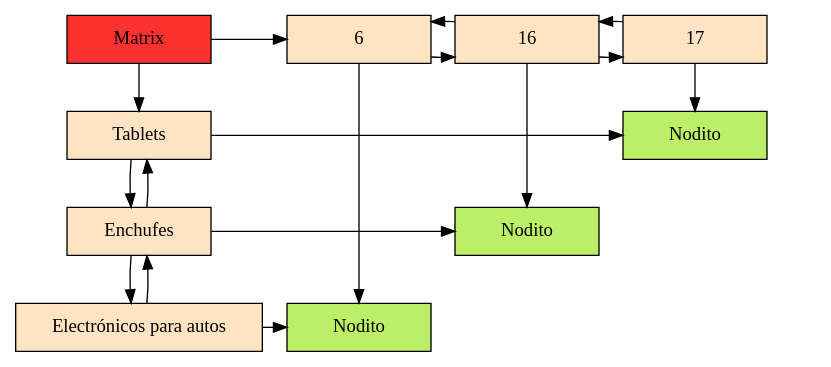
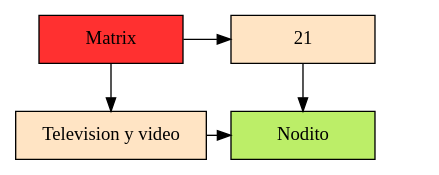
One commit to JAlvarez9/EDD_VirtualMall_201900528 changed the diagram in EDD_VirtualMall/Backend/Dots/matriz.dot. Above: the diagram before and after it, drawn with Graphviz. The commit also changed 28 other files, not shown here.

```diff
--- a/EDD_VirtualMall/Backend/Dots/matriz.dot
+++ b/EDD_VirtualMall/Backend/Dots/matriz.dot
@@ -1,35 +1,15 @@
 digraph G{ 
 node [shape=box] 
  Mt[ label = "Matrix", width = 1.5, style = filled, fillcolor = firebrick1, group = 1 ]; 
 e0[ shape = point, width = 0 ]; 
 e1[ shape = point, width = 0 ]; 
-node0xc000057020 [label = "Tablets"    width = 1.5 style = filled, fillcolor = bisque1, group = 1 ]; 
-node0xc000057020 -> node0xc00008f620; 
-node0xc00008f620 -> node0xc000057020; 
-node0xc00008f620 [label = "Enchufes"    width = 1.5 style = filled, fillcolor = bisque1, group = 1 ]; 
-node0xc00008f620 -> node0xc0002e5860; 
-node0xc0002e5860 -> node0xc00008f620; 
-node0xc0002e5860 [label = "Electrónicos para autos"    width = 1.5 style = filled, fillcolor = bisque1, group = 1 ]; 
-node0xc0002e84b0 [label = "6"    width = 1.5 style = filled, fillcolor = bisque1, group = 2 ]; 
-node0xc0002e84b0 -> node0xc000058910; 
-node0xc000058910 -> node0xc0002e84b0; 
-node0xc000058910 [label = "16"    width = 1.5 style = filled, fillcolor = bisque1, group = 3 ]; 
-node0xc000058910 -> node0xc0000593b0; 
-node0xc0000593b0 -> node0xc000058910; 
-node0xc0000593b0 [label = "17"    width = 1.5 style = filled, fillcolor = bisque1, group = 4 ]; 
-Mt -> node0xc000057020 
-Mt -> node0xc0002e84b0 
-{ rank = same; Mt;  node0xc0002e84b0;node0xc000058910;node0xc0000593b0;} 
-node0xc0002e84b0 -> node0xc0002ea9c0; 
-node0xc0002ea9c0 [label = "Nodito" style = filled, fillcolor = darkolivegreen2	 width = 1.5, group = 2 ]; 
-node0xc000058910 -> node0xc0002de340; 
-node0xc0002de340 [label = "Nodito" style = filled, fillcolor = darkolivegreen2	 width = 1.5, group = 3 ]; 
-node0xc0000593b0 -> node0xc0002dfd40; 
-node0xc0002dfd40 [label = "Nodito" style = filled, fillcolor = darkolivegreen2	 width = 1.5, group = 4 ]; 
-node0xc000057020 -> node0xc0002dfd40; 
-node0xc00008f620 -> node0xc0002de340; 
-node0xc0002e5860 -> node0xc0002ea9c0; 
-{ rank = same; node0xc000057020; node0xc0002dfd40;} 
-{ rank = same; node0xc00008f620; node0xc0002de340;} 
-{ rank = same; node0xc0002e5860; node0xc0002ea9c0;} 
+node0xc00031a180 [label = "Television y video"    width = 1.5 style = filled, fillcolor = bisque1, group = 1 ]; 
+node0xc0003021e0 [label = "21"    width = 1.5 style = filled, fillcolor = bisque1, group = 2 ]; 
+Mt -> node0xc00031a180 
+Mt -> node0xc0003021e0 
+{ rank = same; Mt;  node0xc0003021e0;} 
+node0xc0003021e0 -> node0xc000316700; 
+node0xc000316700 [label = "Nodito" style = filled, fillcolor = darkolivegreen2	 width = 1.5, group = 2 ]; 
+node0xc00031a180 -> node0xc000316700; 
+{ rank = same; node0xc00031a180; node0xc000316700;} 
 } 
```
